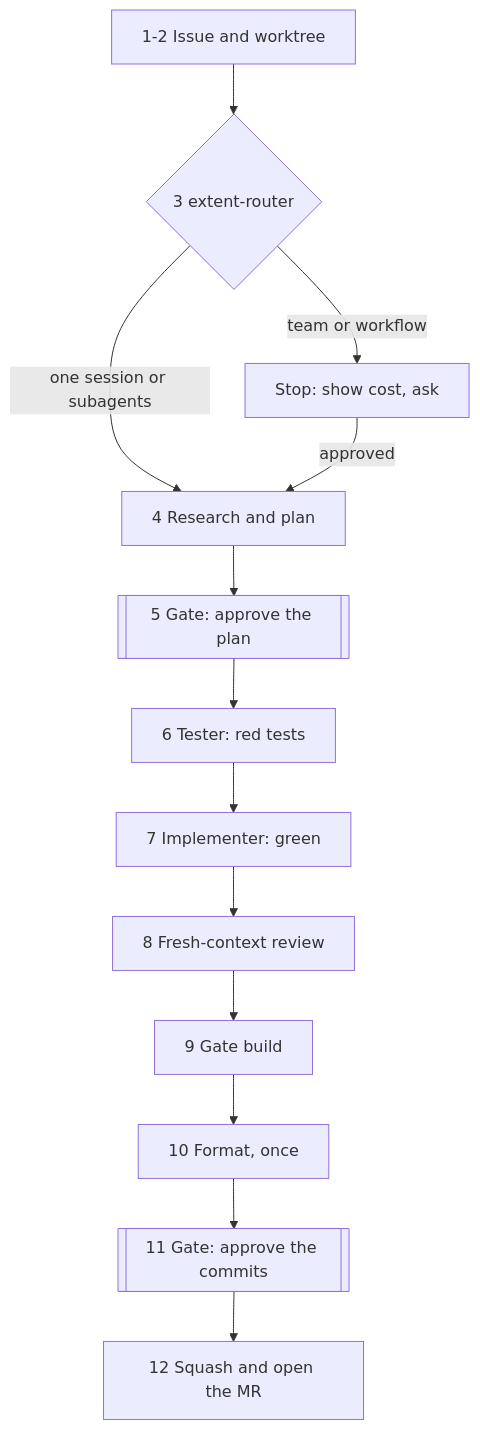
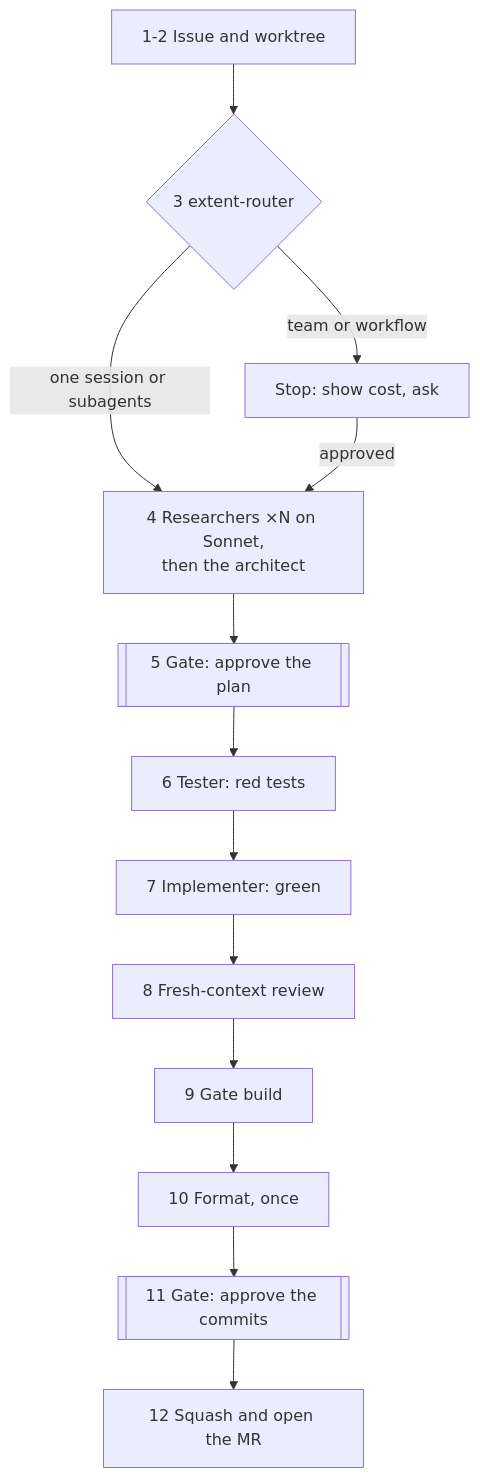
Before and after one commit to MarkusVGJensen/flow: the second of 3 diagrams in README.md, drawn with Mermaid. The commit also changed other lines of this file and 2 other files, not shown here.

First line of the commit message:
flow 0.4.1: README explains the cheap-reading sandwich, with a diagram

````diff
--- a/README.md
+++ b/README.md
@@ -61,15 +61,15 @@
 ```mermaid
 flowchart TD
   A["1-2 Issue and worktree"] --> R{"3 extent-router"}
-  R -- "one session or subagents" --> P["4 Research and plan"]
+  R -- "one session or subagents" --> P["4 Researchers ×N on Sonnet,<br/>then the architect"]
   R -- "team or workflow" --> Q["Stop: show cost, ask"]
   Q -- "approved" --> P
   P --> G1[["5 Gate: approve the plan"]]
   G1 --> T["6 Tester: red tests"]
   T --> I["7 Implementer: green"]
   I --> V["8 Fresh-context review"]
   V --> B["9 Gate build"]
   B --> F["10 Format, once"]
   F --> G2[["11 Gate: approve the commits"]]
   G2 --> M["12 Squash and open the MR"]
 ```
````
